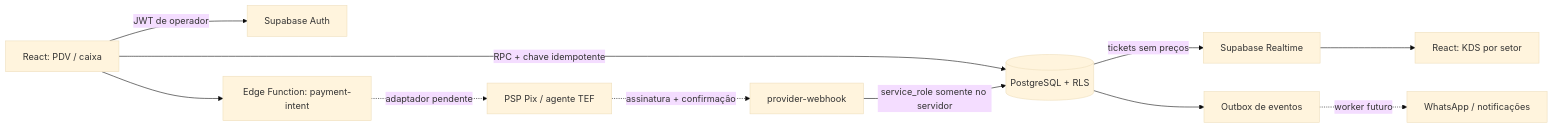
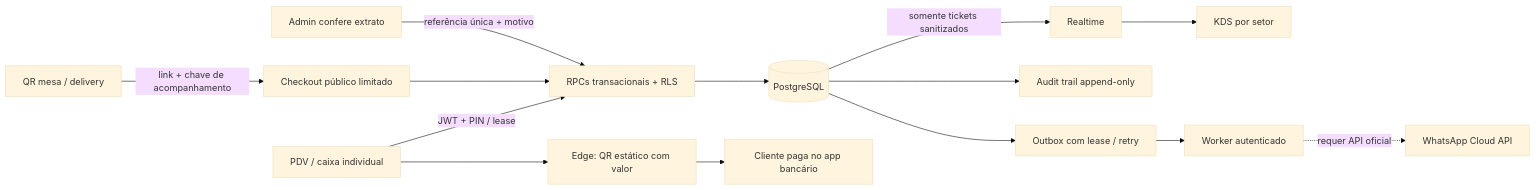
The first of 2 diagrams in docs/architecture.md (Pedro-Lucas001/gestao-pvd), drawn with Mermaid (base theme) before and after one commit. The commit also changed other lines of this file and 85 other files, not shown here.

Commit message:
feat: completa gestão, segurança e SQL de vendas com IA e LGPD

````diff
--- a/docs/architecture.md
+++ b/docs/architecture.md
@@ -5,13 +5,16 @@
 ```mermaid
 flowchart LR
-  POS[React: PDV / caixa] -->|JWT de operador| Auth[Supabase Auth]
-  POS -->|RPC + chave idempotente| DB[(PostgreSQL + RLS)]
-  DB -->|tickets sem preços| RT[Supabase Realtime]
-  RT --> KDS[React: KDS por setor]
-  POS --> Edge[Edge Function: payment-intent]
-  Edge -. adaptador pendente .-> Provider[PSP Pix / agente TEF]
-  Provider -. assinatura + confirmação .-> Webhook[provider-webhook]
-  Webhook -->|service_role somente no servidor| DB
-  DB --> Outbox[Outbox de eventos]
-  Outbox -. worker futuro .-> WhatsApp[WhatsApp / notificações]
+  POS[PDV / caixa individual] -->|JWT + PIN / lease| RPC[RPCs transacionais + RLS]
+  Customer[QR mesa / delivery] -->|link + chave de acompanhamento| Checkout[Checkout público limitado]
+  Checkout --> RPC
+  RPC --> DB[(PostgreSQL)]
+  DB -->|somente tickets sanitizados| RT[Realtime]
+  RT --> KDS[KDS por setor]
+  POS --> Pix[Edge: QR estático com valor]
+  Pix --> Nubank[Cliente paga no app bancário]
+  Admin[Admin confere extrato] -->|referência única + motivo| RPC
+  DB --> Audit[Audit trail append-only]
+  DB --> Outbox[Outbox com lease / retry]
+  Outbox --> Worker[Worker autenticado]
+  Worker -. requer API oficial .-> Meta[WhatsApp Cloud API]
 ```
````
